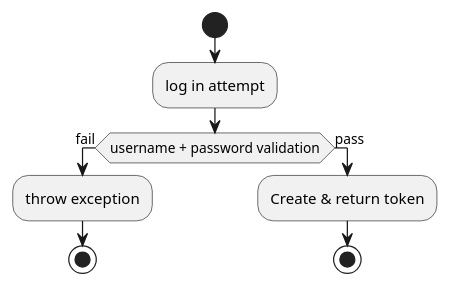
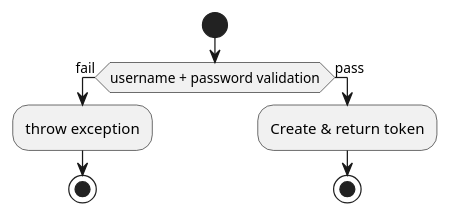
The second of 5 diagrams in docs/flowchart.md (MoermansJ/eindwerk_backEnd), drawn with PlantUML before and after one commit. The commit also changed other lines of this file and 1 other file, not shown here.

````diff
--- a/docs/flowchart.md
+++ b/docs/flowchart.md
@@ -46,15 +44,14 @@
 ```plantuml
 @startuml
 start
 
-:log in attempt;
 if (username + password validation) then (fail)
 :throw exception;
 stop
 else(pass)
 
 :Create & return token;
 
 stop
 @enduml
 ```
````
